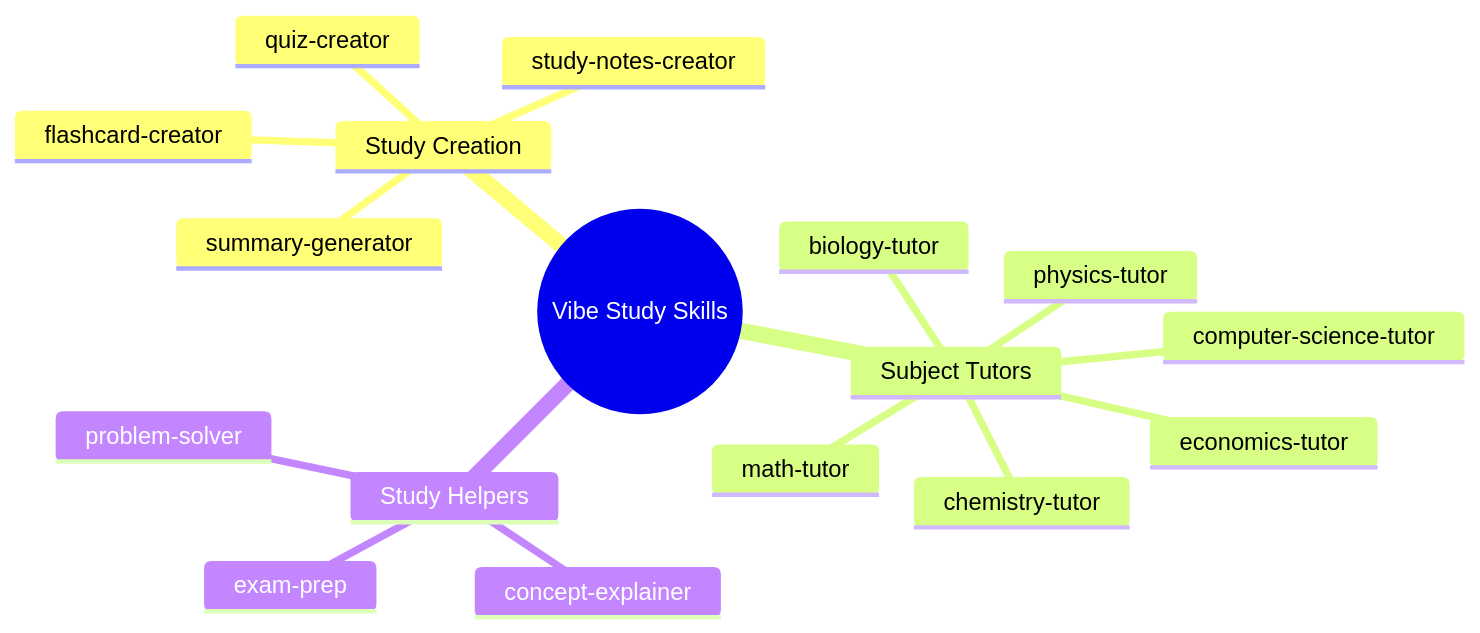
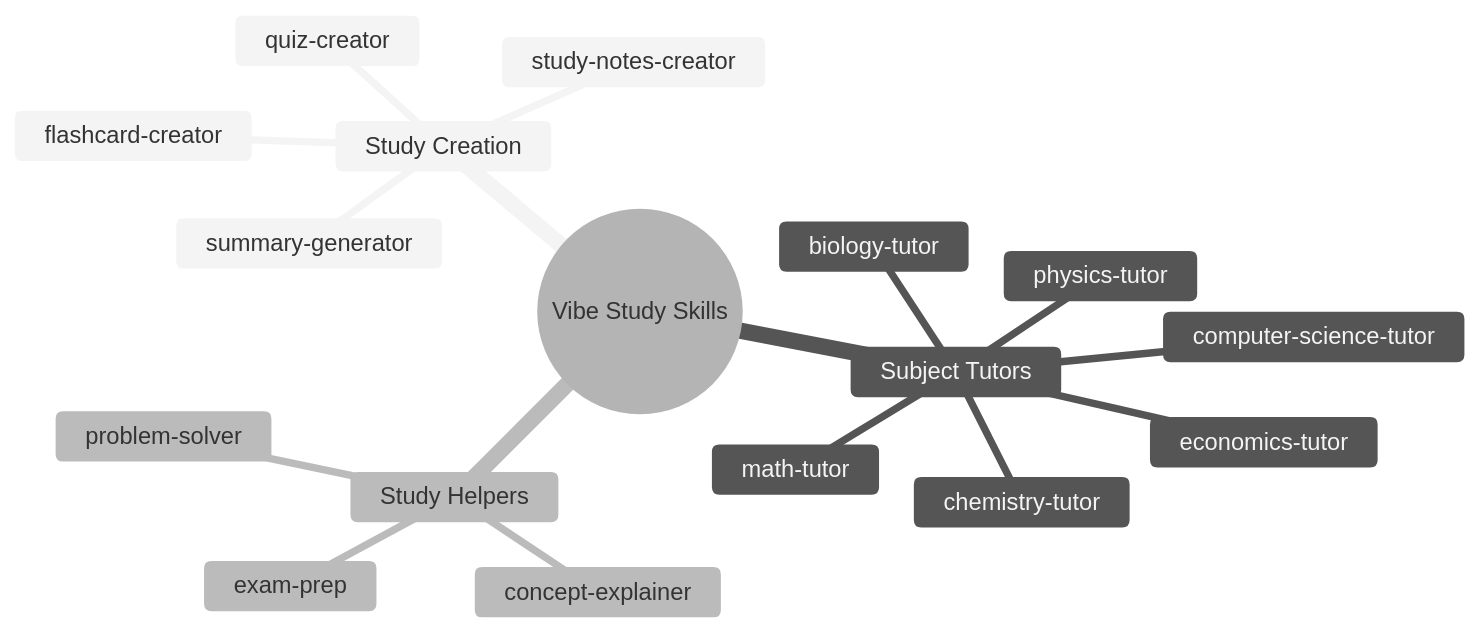
Before and after one commit to szeyu/vibe-study-skills: the diagram in README.md, drawn with Mermaid.

Commit message:
docs: change theme of the mermaid so that it display properly in github mermaid renderer

````diff
--- a/README.md
+++ b/README.md
@@ -5,20 +5,21 @@
 ```mermaid
+%%{init: {'theme': 'neutral'} }%%
 mindmap
   root((Vibe Study Skills))
     Study Creation
       study-notes-creator
       quiz-creator
       flashcard-creator
       summary-generator
     Subject Tutors
       chemistry-tutor
       physics-tutor
       math-tutor
       computer-science-tutor
       biology-tutor
       economics-tutor
     Study Helpers
       exam-prep
       problem-solver
       concept-explainer
 ```
````
